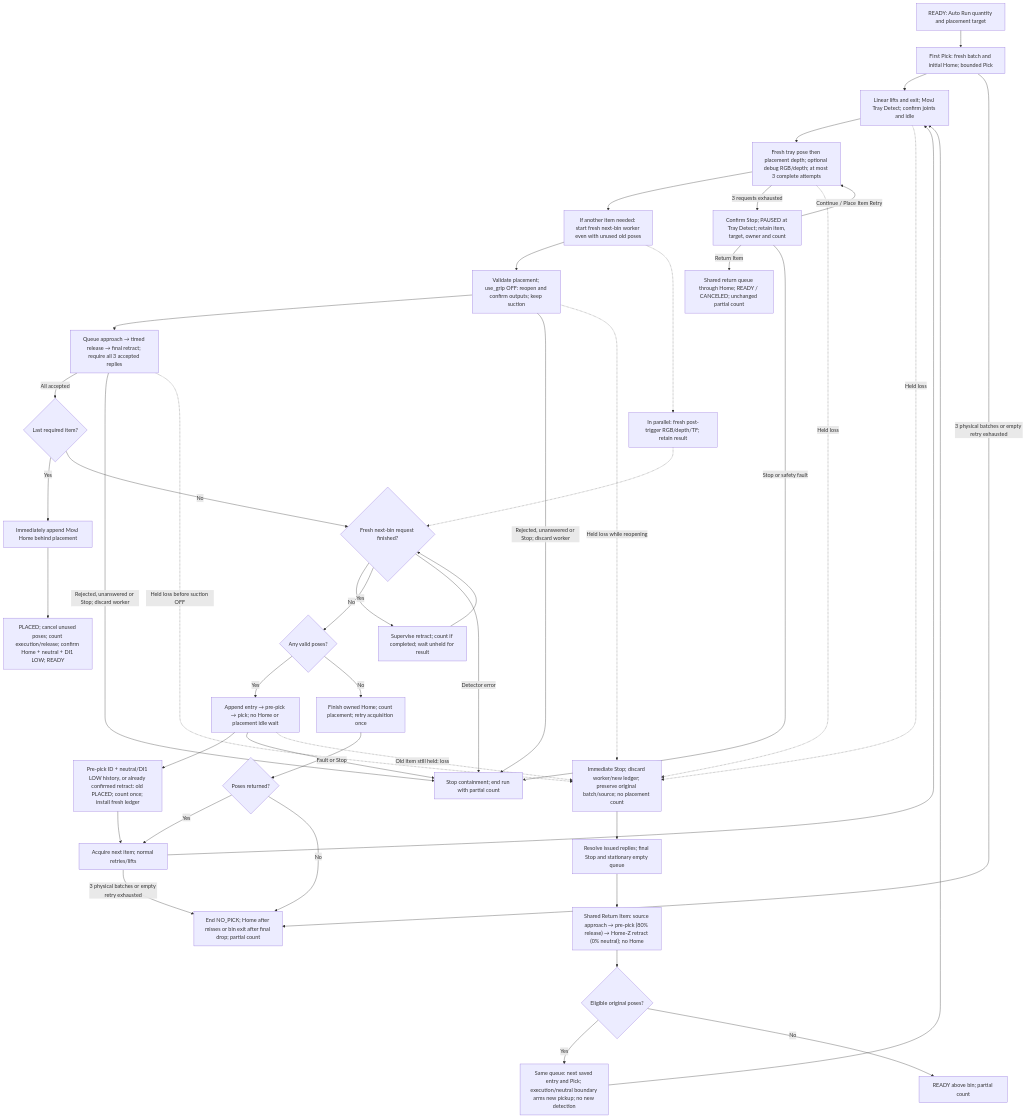
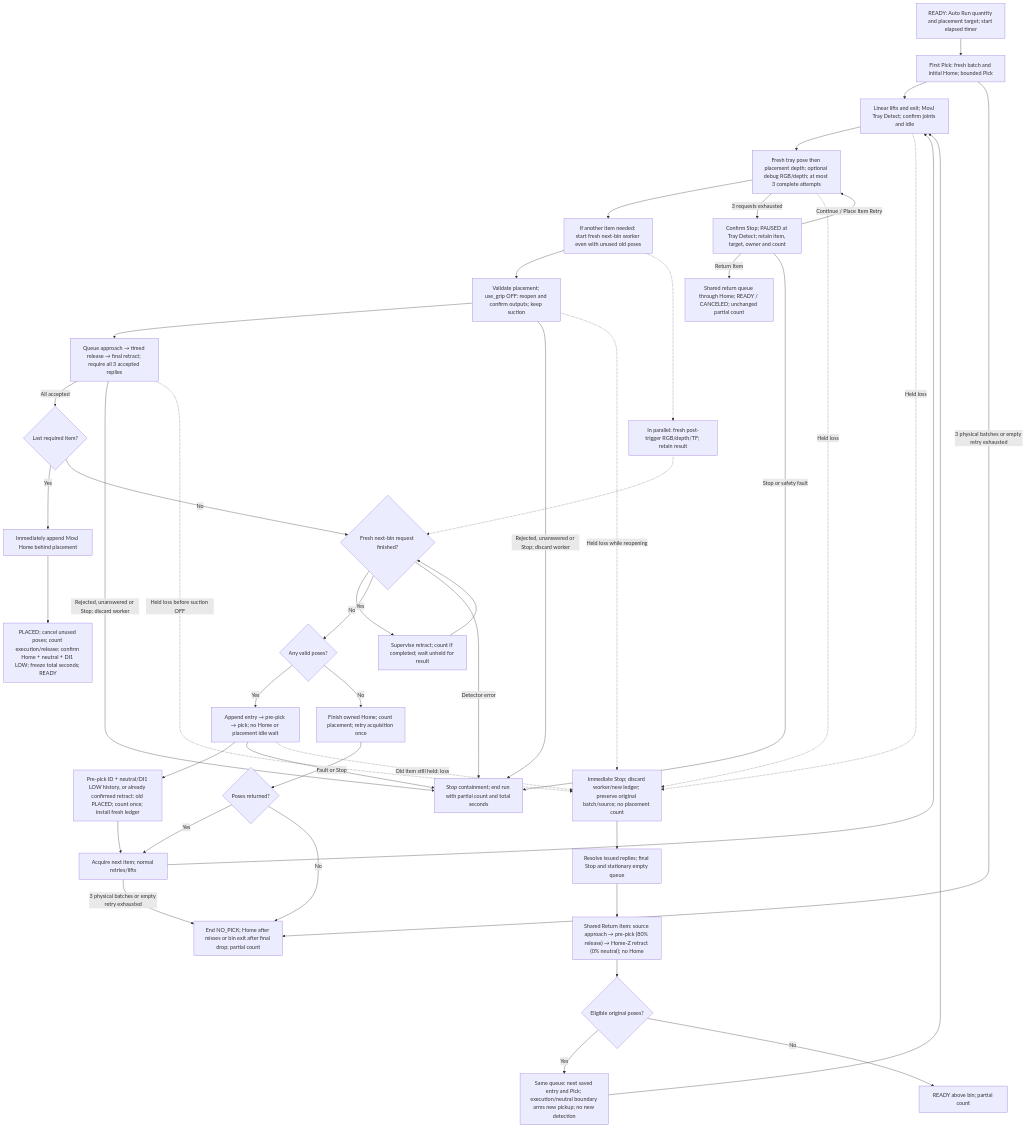
Before and after one commit to esgange/dobot_picknplace_yolo: the sixth of 9 diagrams in docs/ROBOT_CONTROLLER_FSM.md, drawn with Mermaid. The commit also changed other lines of this file and 15 other files, not shown here.

Commit message:
Show elapsed and total seconds for Auto Run

````diff
--- a/docs/ROBOT_CONTROLLER_FSM.md
+++ b/docs/ROBOT_CONTROLLER_FSM.md
@@ -1063,47 +1072,47 @@
 ```mermaid
 flowchart TD
-    Start["READY: Auto Run quantity and placement target"] --> Pick["First Pick: fresh batch and initial Home; bounded Pick"]
+    Start["READY: Auto Run quantity and placement target; start elapsed timer"] --> Pick["First Pick: fresh batch and initial Home; bounded Pick"]
     Pick --> Tray["Linear lifts and exit; MovJ Tray Detect; confirm joints and idle"]
     Tray --> Observe["Fresh tray pose then placement depth; optional debug RGB/depth; at most 3 complete attempts"]
     Observe --> Prefetch["If another item needed: start fresh next-bin worker even with unused old poses"]
     Prefetch --> Fingers["Validate placement; use_grip OFF: reopen and confirm outputs; keep suction"]
     Fingers --> Place["Queue approach → timed release → final retract; require all 3 accepted replies"]
     Prefetch -.-> Capture["In parallel: fresh post-trigger RGB/depth/TF; retain result"]
     Place -->|All accepted| Last{"Last required item?"}
     Last -->|Yes| Home["Immediately append MovJ Home behind placement"]
-    Home --> Done["PLACED; cancel unused poses; count execution/release; confirm Home + neutral + DI1 LOW; READY"]
+    Home --> Done["PLACED; cancel unused poses; count execution/release; confirm Home + neutral + DI1 LOW; freeze total seconds; READY"]
     Last -->|No| Ready{"Fresh next-bin request finished?"}
     Capture -.-> Ready
     Ready -->|No| Wait["Supervise retract; count if completed; wait unheld for result"]
     Wait --> Ready
     Ready -->|Yes| Poses{"Any valid poses?"}
     Poses -->|Yes| Append["Append entry → pre-pick → pick; no Home or placement idle wait"]
     Poses -->|No| RetryHome["Finish owned Home; count placement; retry acquisition once"]
     RetryHome --> Retried{"Poses returned?"}
     Retried -->|Yes| Next
     Retried -->|No| Empty
     Append --> Boundary["Pre-pick ID + neutral/DI1 LOW history, or already confirmed retract: old PLACED; count once; install fresh ledger"]
     Boundary --> Next["Acquire next item; normal retries/lifts"]
     Next --> Tray
     Pick -->|3 physical batches or empty retry exhausted| Empty["End NO_PICK; Home after misses or bin exit after final drop; partial count"]
     Next -->|3 physical batches or empty retry exhausted| Empty
     Observe -->|3 requests exhausted| Paused["Confirm Stop; PAUSED at Tray Detect; retain item, target, owner and count"]
     Paused -->|Continue / Place Item Retry| Observe
     Paused -->|Return Item| PutBack["Shared return queue through Home; READY / CANCELED; unchanged partial count"]
-    Paused -->|Stop or safety fault| Fail["Stop containment; end run with partial count"]
+    Paused -->|Stop or safety fault| Fail["Stop containment; end run with partial count and total seconds"]
     Fingers -->|Rejected, unanswered or Stop; discard worker| Fail
     Place -->|Rejected, unanswered or Stop; discard worker| Fail
     Ready -->|Detector error| Fail
     Append -->|Fault or Stop| Fail
     Tray -. "Held loss" .-> Drop
     Observe -. "Held loss" .-> Drop
     Fingers -. "Held loss while reopening" .-> Drop
     Place -. "Held loss before suction OFF" .-> Drop
     Append -. "Old item still held: loss" .-> Drop["Immediate Stop; discard worker/new ledger; preserve original batch/source; no placement count"]
     Drop --> Contain["Resolve issued replies; final Stop and stationary empty queue"]
     Contain --> Return["Shared Return Item: source approach → pre-pick (80% release) → Home-Z retract (0% neutral); no Home"]
     Return --> Saved{"Eligible original poses?"}
     Saved -->|Yes| SavedPick["Same queue: next saved entry and Pick; execution/neutral boundary arms new pickup; no new detection"]
     SavedPick --> Tray
     Saved -->|No| DroppedEnd["READY above bin; partial count"]
 ```
````
